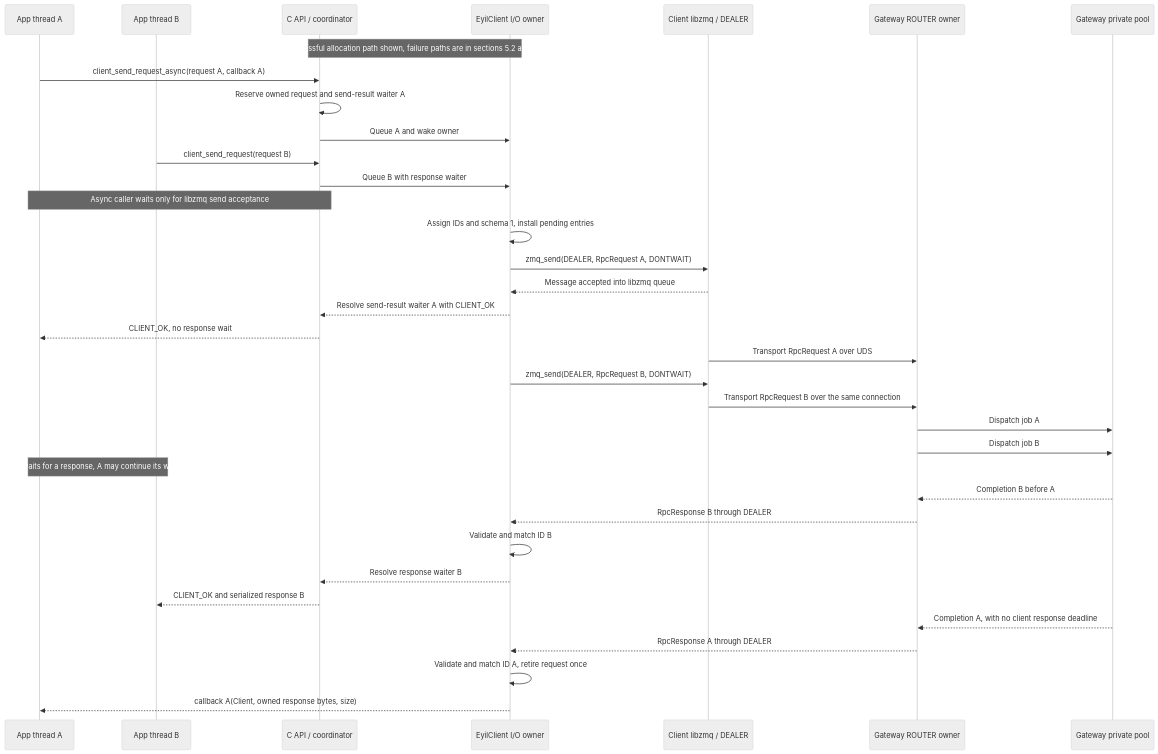
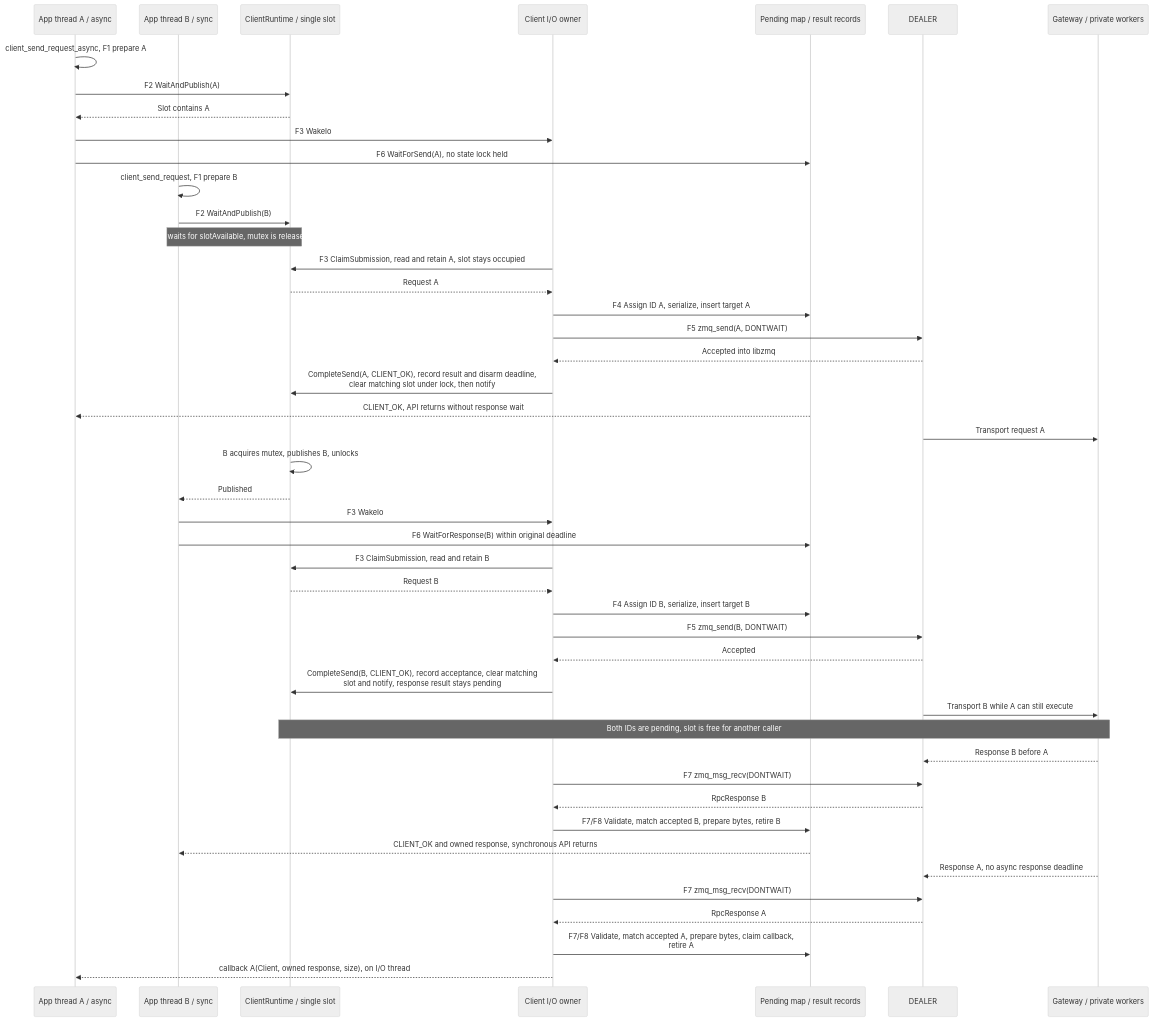
Before and after one commit to rdkcentral/eyil-secure-gateway: the fourth of 38 diagrams in doc/EyilSecureGateway.md, drawn with Mermaid (neutral theme). The commit also changed other lines of this file, not shown here.

Commit message:
RDKEMW-27976: Remove Client's queue

````diff
--- a/doc/EyilSecureGateway.md
+++ b/doc/EyilSecureGateway.md
@@ -863,37 +992,48 @@
 ```mermaid
 sequenceDiagram
-    participant A as App thread A
-    participant B as App thread B
-    participant API as C API / coordinator
-    participant IO as EyilClient I/O owner
-    participant Z as Client libzmq / DEALER
-    participant GW as Gateway ROUTER owner
-    participant W as Gateway private pool
-    Note over API,IO: Successful allocation path shown, failure paths are in sections 5.2 and 5.6
-    A->>API: client_send_request_async(request A, callback A)
-    API->>API: Reserve owned request and send-result waiter A
-    API->>IO: Queue A and wake owner
-    B->>API: client_send_request(request B)
-    API->>IO: Queue B with response waiter
-    Note over A,API: Async caller waits only for libzmq send acceptance
-    IO->>IO: Assign IDs and schema 1, install pending entries
-    IO->>Z: zmq_send(DEALER, RpcRequest A, DONTWAIT)
-    Z-->>IO: Message accepted into libzmq queue
-    IO-->>API: Resolve send-result waiter A with CLIENT_OK
-    API-->>A: CLIENT_OK, no response wait
-    Z->>GW: Transport RpcRequest A over UDS
-    IO->>Z: zmq_send(DEALER, RpcRequest B, DONTWAIT)
-    Z->>GW: Transport RpcRequest B over the same connection
-    GW->>W: Dispatch job A
-    GW->>W: Dispatch job B
-    Note over A,B: B waits for a response, A may continue its work
-    W-->>GW: Completion B before A
-    GW-->>IO: RpcResponse B through DEALER
-    IO->>IO: Validate and match ID B
-    IO-->>API: Resolve response waiter B
-    API-->>B: CLIENT_OK and serialized response B
-    W-->>GW: Completion A, with no client response deadline
-    GW-->>IO: RpcResponse A through DEALER
-    IO->>IO: Validate and match ID A, retire request once
-    IO-->>A: callback A(Client, owned response bytes, size)
+    participant A as App thread A / async
+    participant B as App thread B / sync
+    participant S as ClientRuntime / single slot
+    participant IO as Client I/O owner
+    participant P as Pending map / result records
+    participant Z as DEALER
+    participant G as Gateway / private workers
+    A->>A: client_send_request_async, F1 prepare A
+    A->>S: F2 WaitAndPublish(A)
+    S-->>A: Slot contains A
+    A->>IO: F3 WakeIo
+    A->>P: F6 WaitForSend(A), no state lock held
+    B->>B: client_send_request, F1 prepare B
+    B->>S: F2 WaitAndPublish(B)
+    Note over B,S: B waits for slotAvailable, mutex is released
+    IO->>S: F3 ClaimSubmission, read and retain A, slot stays occupied
+    S-->>IO: Request A
+    IO->>P: F4 Assign ID A, serialize, insert target A
+    IO->>Z: F5 zmq_send(A, DONTWAIT)
+    Z-->>IO: Accepted into libzmq
+    IO->>S: CompleteSend(A, CLIENT_OK), record result and disarm deadline,<br/>clear matching slot under lock, then notify
+    P-->>A: CLIENT_OK, API returns without response wait
+    Z->>G: Transport request A
+    S->>S: B acquires mutex, publishes B, unlocks
+    S-->>B: Published
+    B->>IO: F3 WakeIo
+    B->>P: F6 WaitForResponse(B) within original deadline
+    IO->>S: F3 ClaimSubmission, read and retain B
+    S-->>IO: Request B
+    IO->>P: F4 Assign ID B, serialize, insert target B
+    IO->>Z: F5 zmq_send(B, DONTWAIT)
+    Z-->>IO: Accepted
+    IO->>S: CompleteSend(B, CLIENT_OK), record acceptance, clear matching<br/>slot and notify, response result stays pending
+    Z->>G: Transport B while A can still execute
+    Note over S,G: Both IDs are pending, slot is free for another caller
+    G-->>Z: Response B before A
+    IO->>Z: F7 zmq_msg_recv(DONTWAIT)
+    Z-->>IO: RpcResponse B
+    IO->>P: F7/F8 Validate, match accepted B, prepare bytes, retire B
+    P-->>B: CLIENT_OK and owned response, synchronous API returns
+    G-->>Z: Response A, no async response deadline
+    IO->>Z: F7 zmq_msg_recv(DONTWAIT)
+    Z-->>IO: RpcResponse A
+    IO->>P: F7/F8 Validate, match accepted A, prepare bytes, claim callback,<br/>retire A
+    IO-->>A: callback A(Client, owned response, size), on I/O thread
 ```
````
